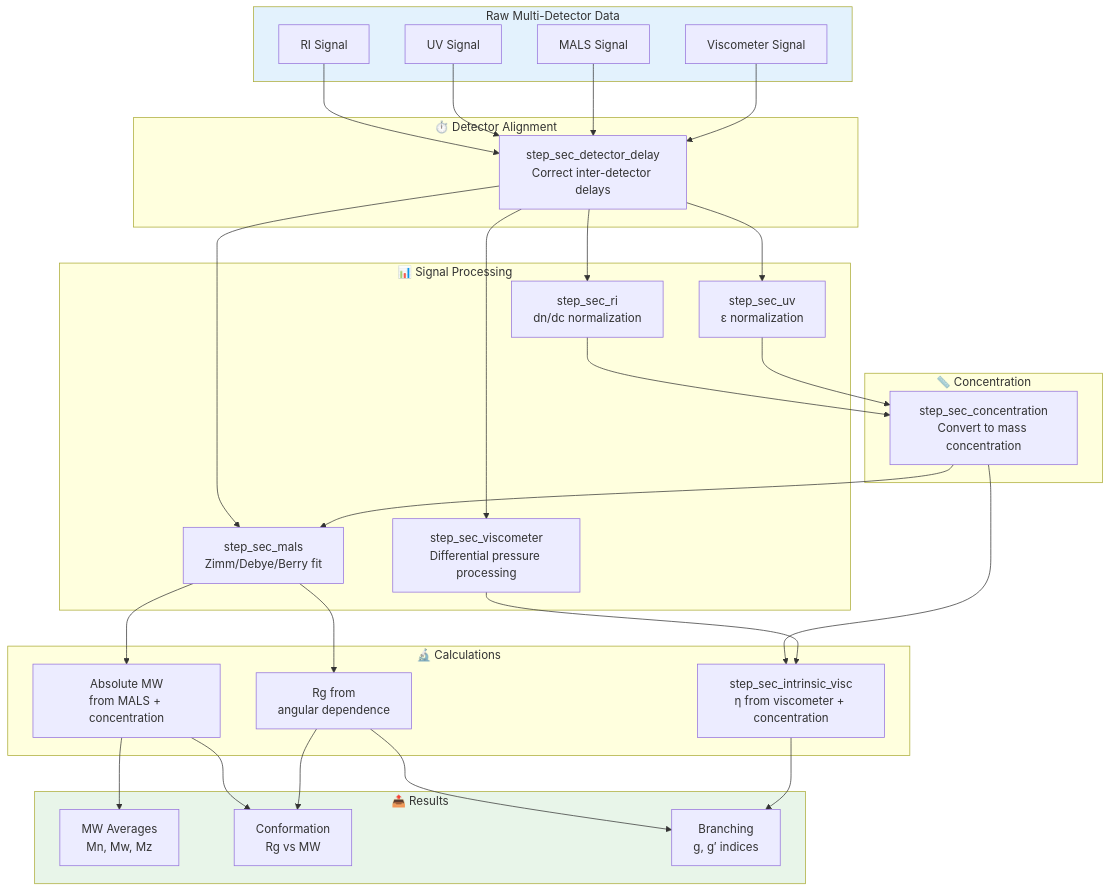
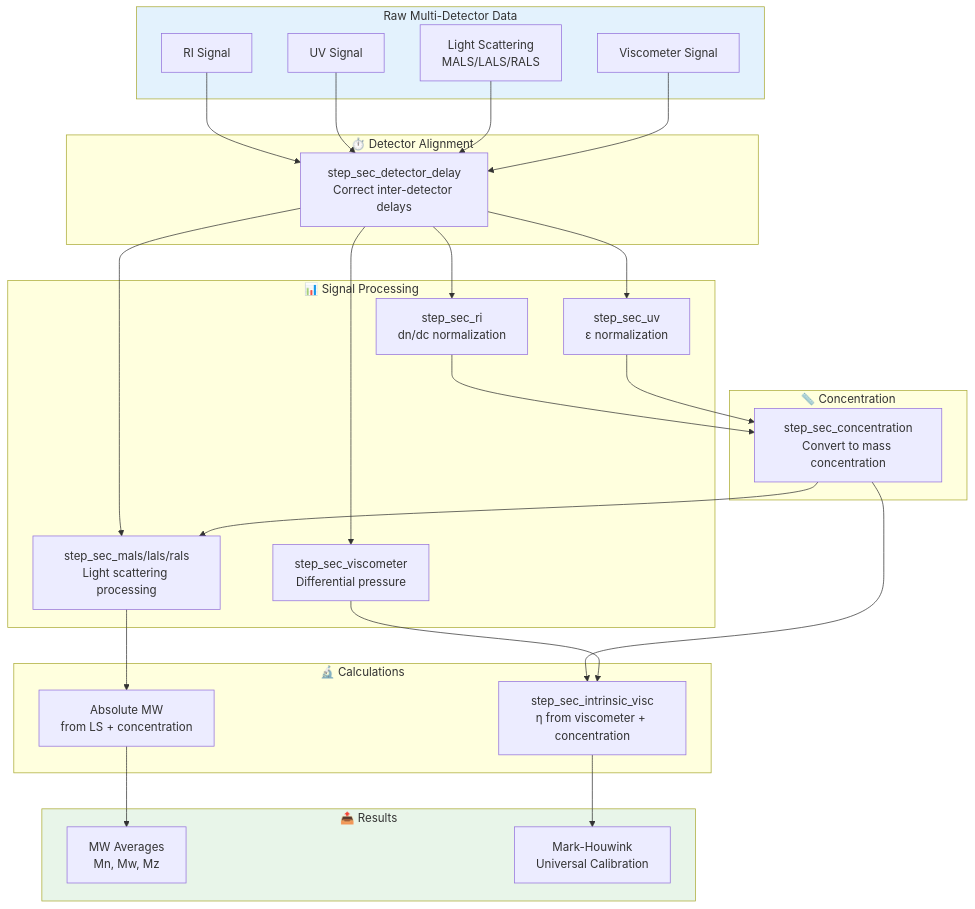
The diagram in vignettes/triple-detection.Rmd (JamesHWade/measure.sec), drawn with Mermaid before and after one commit. The commit also changed other lines of this file, not shown here.

First line of the commit message:
docs: Refocus triple-detection.Rmd on detector integration (measure.sec-2xp)

````diff
--- a/vignettes/triple-detection.Rmd
+++ b/vignettes/triple-detection.Rmd
@@ -34,50 +50,47 @@
 ```mermaid
 flowchart TB
     subgraph Input["Raw Multi-Detector Data"]
         A1[RI Signal]
         A2[UV Signal]
-        A3[MALS Signal]
+        A3[Light Scattering<br>MALS/LALS/RALS]
         A4[Viscometer Signal]
     end
 
     subgraph Align["⏱️ Detector Alignment"]
         B[step_sec_detector_delay<br>Correct inter-detector delays]
     end
 
     subgraph Process["📊 Signal Processing"]
         C1[step_sec_ri<br>dn/dc normalization]
         C2[step_sec_uv<br>ε normalization]
-        C3[step_sec_mals<br>Zimm/Debye/Berry fit]
-        C4[step_sec_viscometer<br>Differential pressure processing]
+        C3[step_sec_mals/lals/rals<br>Light scattering processing]
+        C4[step_sec_viscometer<br>Differential pressure]
     end
 
     subgraph Concentration["📏 Concentration"]
         D0[step_sec_concentration<br>Convert to mass concentration]
     end
 
     subgraph Calculate["🔬 Calculations"]
-        D2[Absolute MW<br>from MALS + concentration]
-        D3[Rg from<br>angular dependence]
+        D2[Absolute MW<br>from LS + concentration]
         D4[step_sec_intrinsic_visc<br>η from viscometer + concentration]
     end
 
     subgraph Results["📤 Results"]
         E1[MW Averages<br>Mn, Mw, Mz]
-        E2[Conformation<br>Rg vs MW]
-        E3[Branching<br>g, g′ indices]
+        E3[Mark-Houwink<br>Universal Calibration]
     end
 
     A1 & A2 & A3 & A4 --> B
     B --> C1 & C2 & C3 & C4
     C1 & C2 --> D0
     D0 --> C3
     D0 --> D4
-    C3 --> D2 & D3
+    C3 --> D2
     C4 --> D4
     D2 --> E1
-    D2 & D3 --> E2
-    D3 & D4 --> E3
+    D4 --> E3
 
     style Input fill:#e3f2fd
     style Results fill:#e8f5e9
 ```
````
